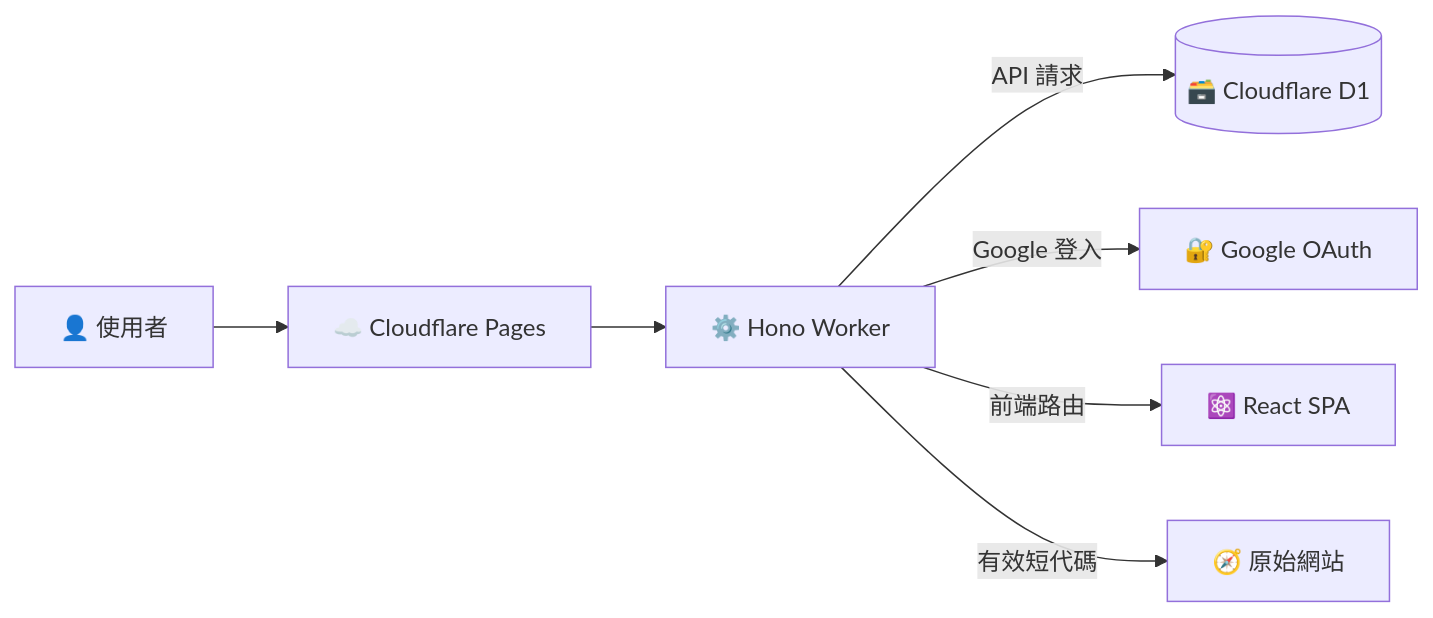
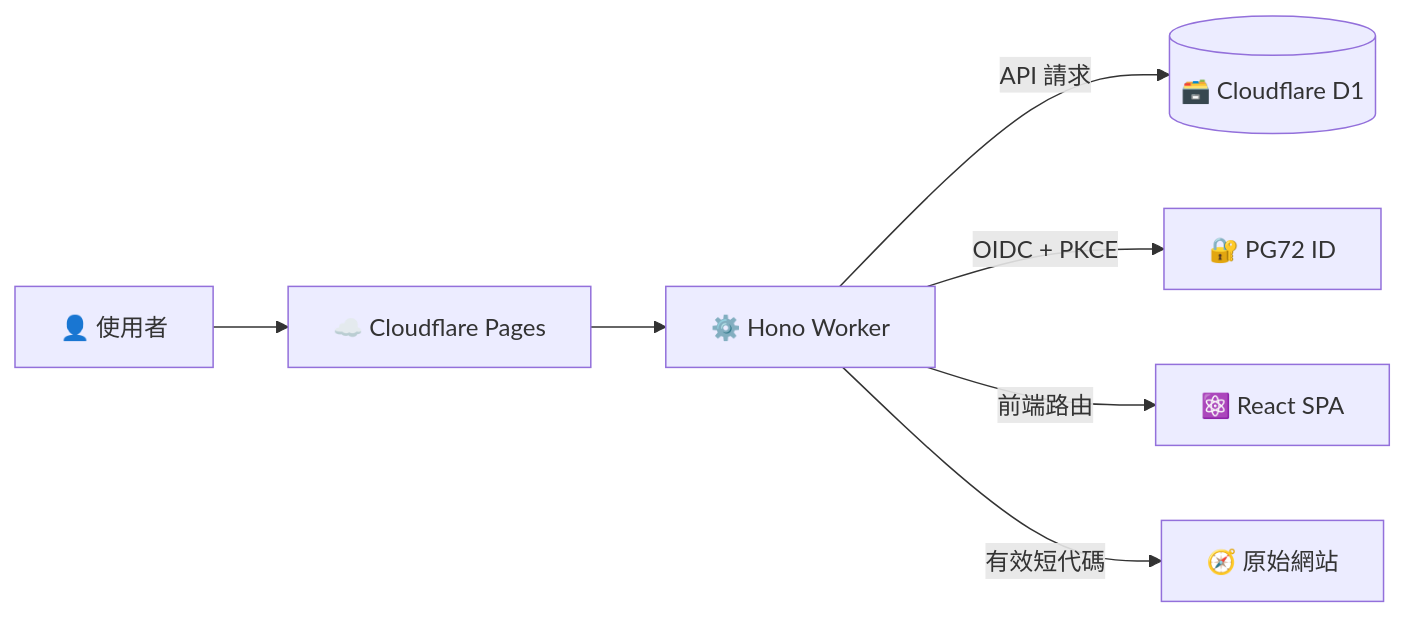
The first of 3 diagrams in README.md (PGpenguin72/link-short), drawn with Mermaid before and after one commit. The commit also changed other lines of this file and 1 other file, not shown here.

First line of the commit message:
Update docs for PG72 ID OIDC login and preview environment

````diff
--- a/README.md
+++ b/README.md
@@ -36,9 +36,9 @@
 ```mermaid
 flowchart LR
     User[👤 使用者] --> Edge[☁️ Cloudflare Pages]
     Edge --> Worker[⚙️ Hono Worker]
     Worker -->|API 請求| D1[(🗃️ Cloudflare D1)]
-    Worker -->|Google 登入| OAuth[🔐 Google OAuth]
+    Worker -->|OIDC + PKCE| OAuth[🔐 PG72 ID]
     Worker -->|前端路由| Assets[⚛️ React SPA]
     Worker -->|有效短代碼| Target[🧭 原始網站]
 ```
````
